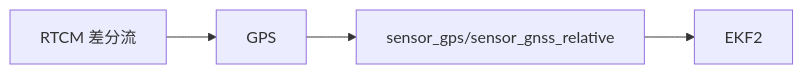
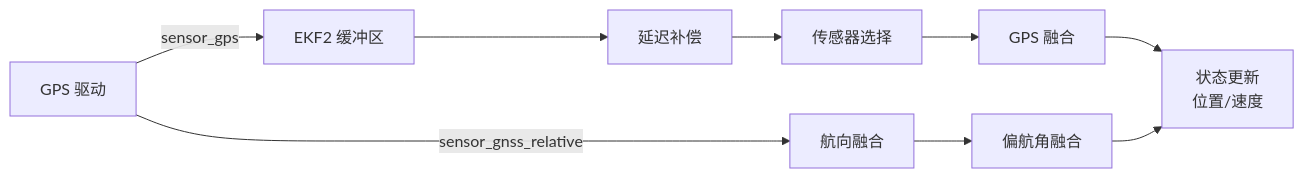
The second of 2 diagrams in .trae/documents/algorithms/gps_rtk.md (billsoft/PX4-Autopilot), drawn with Mermaid before and after one commit. The commit also changed other lines of this file and 3 other files, not shown here.

````diff
--- a/.trae/documents/algorithms/gps_rtk.md
+++ b/.trae/documents/algorithms/gps_rtk.md
@@ -5,6 +947,14 @@
 ```mermaid
 flowchart LR
-  RTCM[RTCM 差分流] --> GPS
-  GPS --> uORB[sensor_gps/sensor_gnss_relative]
-  uORB --> EKF2
+    GPS[GPS 驱动] -->|sensor_gps| Buffer[EKF2 缓冲区]
+    GPS -->|sensor_gnss_relative| Heading[航向融合]
+
+    Buffer --> Delay[延迟补偿]
+    Delay --> Select[传感器选择]
+    Select --> Fuse[GPS 融合]
+
+    Heading --> YawFuse[偏航角融合]
+
+    Fuse --> State[状态更新<br/>位置/速度]
+    YawFuse --> State
 ```
````
